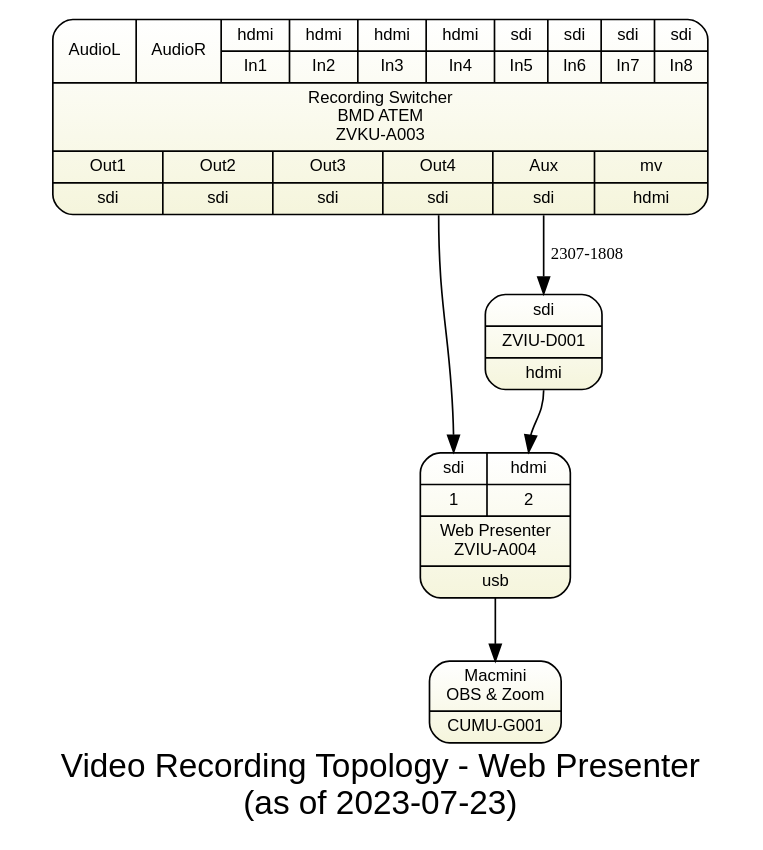
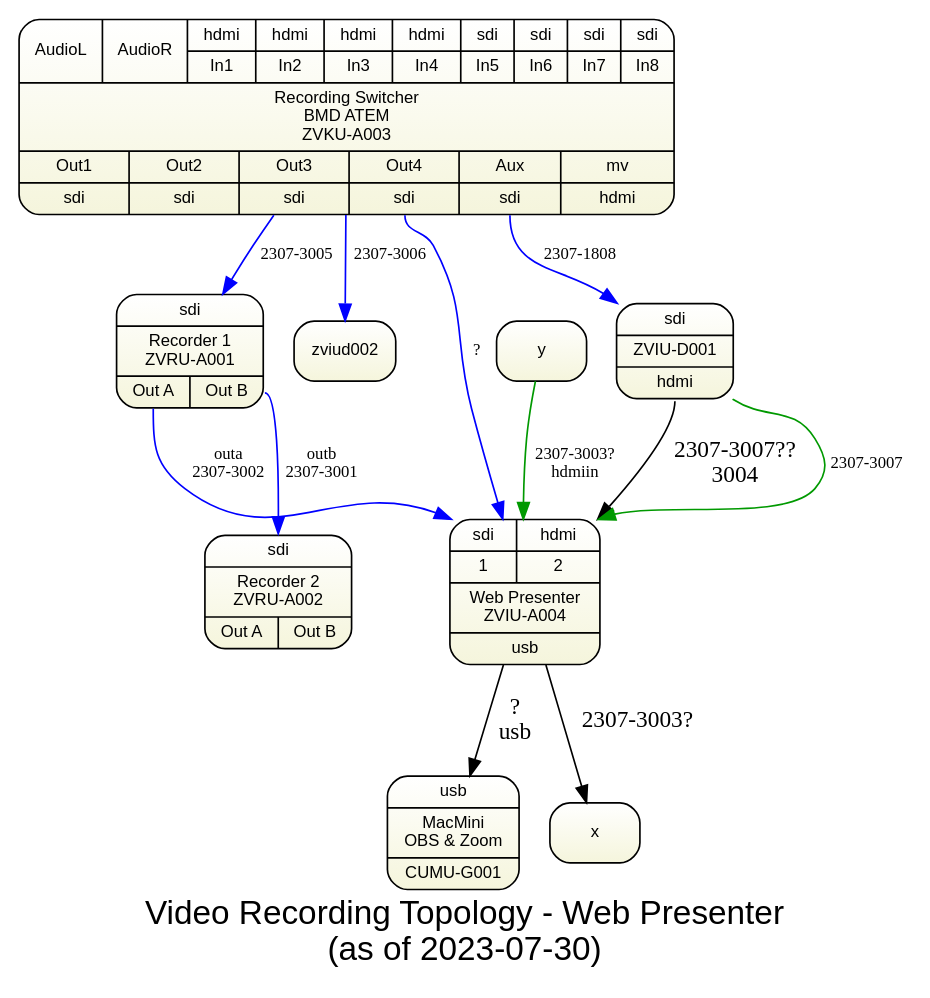
The diagram in sdv-topology6-rec-wp.gv (avmaint/uactechdoc), drawn with Graphviz before and after one commit. The commit also changed 1 other file, not shown here.

Commit message:
updated cables

```diff
--- a/sdv-topology6-rec-wp.gv
+++ b/sdv-topology6-rec-wp.gv
@@ -1,34 +1,56 @@
 digraph webpresenter { 
   
 graph [overlap = true, fontsize = 20, 
-      label="Video Recording Topology - Web Presenter\n(as of 2023-07-23)",
+      label="Video Recording Topology - Web Presenter\n(as of 2023-07-30)",
       fontname = Helvetica, bgcolor=white
       ]
  
 node [shape = Mrecord style=filled , fillcolor="white:beige"  , fontsize = 10,
       gradientangle=270 fontname = Helvetica ]
       
-rswitch [
+zvkua003 [
   tooltip="BMD ATEM Television Studio Pro HD"
 
   label="{
     {{<al>AudioL}|{<ar>AudioR}|
       {<i1>hdmi|In1}|{<i2>hdmi|In2}|{<i3>hdmi|In3}|{<i4>hdmi|In4}
       |{<i5>sdi|In5}|{<i6>sdi|In6}|{<i7>sdi|In7}|{<i8>sdi|In8}}
       |Recording Switcher\nBMD ATEM\nZVKU-A003|
       {{Out1|<o1>sdi}|{Out2|<o2>sdi}|{Out3|<o3>sdi}|{Out4|<o4>sdi}|{Aux|<aux>sdi}|{mv|<mv>hdmi}}
     }"
 ]
 
-wp [label="{{ {<i1>sdi|1 }|{<i2>hdmi|2} }|{Web Presenter \n ZVIU-A004}|{<usb>usb}}"]
+zviua004 [label="{{{<i1>sdi|1 }|{<i2>hdmi|2} }|{Web Presenter \n ZVIU-A004}|{<usb>usb}}"]
 
-cumug001 [label="{Macmini\nOBS & Zoom|CUMU-G001}"]
+zvrua001 [label="{{ {<in>sdi }}|{Recorder 1\nZVRU-A001}|{{<outa>Out A}|{<outb>Out B}}}"]
+
+zvrua002 [label="{{ {<in>sdi }}|{Recorder 2\nZVRU-A002}|{{<outa>Out A}|{<outb>Out B}}}"]
+
+cumug001 [label="{<usb>usb|MacMini\nOBS & Zoom|CUMU-G001}"]
  
-converter [label="{<i>sdi|ZVIU-D001|<o>hdmi}"]
+zviud001 [label="{<i>sdi|ZVIU-D001|<o>hdmi}"]
 
-rswitch:aux -> converter:i [label="2307-1808" fontsize=10]
-converter:o -> wp:i2 
-rswitch:o4 -> wp:i1
+zviud001:o   -> zviua004:hdmi [label="2307-3007??\n3004"]
  
-wp -> cumug001
+zviua004 -> cumug001 [label="?\nusb"]
+
+subgraph sdi_cables { 
+	edge [style="solid", color="blue" fontsize="10pt"]
+zvrua001:outb -> zvrua002:in [label="outb\n2307-3001"]
+zvrua001:outa -> zviua004:sdi [label="outa\n2307-3002"]
+zvkua003:o4   -> zviua004:sdi [label="?"]
+
+zvkua003:aux  -> zviud001:sdi [label="2307-1808" ]
+zvkua003:out5 -> zvrua001:sdi [label="2307-3005"]
+zvkua003:out6 -> zviud002:sdi [label="2307-3006"]
+}
+
+subgraph hdmi_edges {
+	edge [style=solid, color="#009900", fontsize="10pt" ]
+zviud001:hdmi -> zviua004:hdmi [label="2307-3007"]
+y ->  zviua004 [label="2307-3003?\nhdmiin"]
+}
+
+zviua004 -> x [label="2307-3003?"] 
+	
 } 
```
